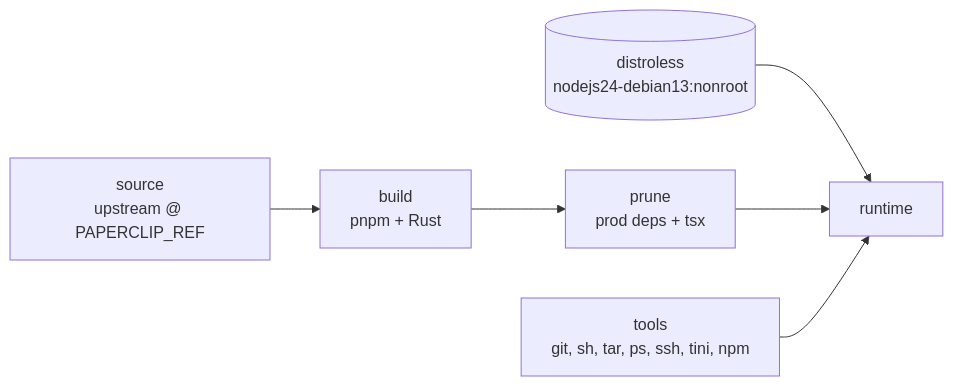
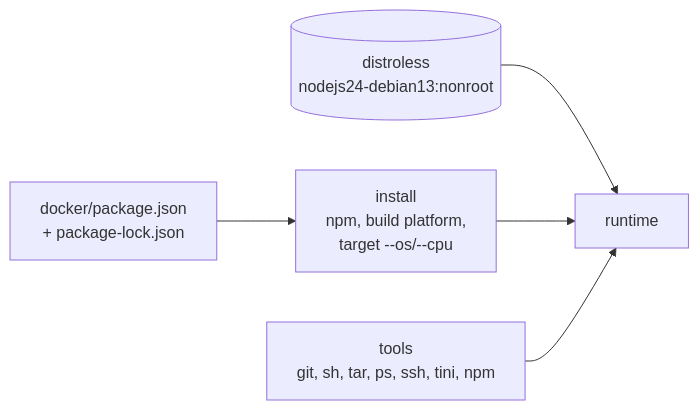
The third of 3 diagrams in README.md (zozo6015/paperclipai), drawn with Mermaid before and after one commit. The commit also changed other lines of this file and 9 other files, not shown here.

First line of the commit message:
Install Paperclip from its npm release instead of building from source

````diff
--- a/README.md
+++ b/README.md
@@ -88,9 +90,8 @@
 ```mermaid
 flowchart LR
-    src["source<br/>upstream @ PAPERCLIP_REF"] --> build["build<br/>pnpm + Rust"]
-    build --> prune["prune<br/>prod deps + tsx"]
+    lock["docker/package.json<br/>+ package-lock.json"] --> install["install<br/>npm, build platform,<br/>target --os/--cpu"]
     tools["tools<br/>git, sh, tar, ps, ssh, tini, npm"]
     base[("distroless<br/>nodejs24-debian13:nonroot")] --> runtime
-    prune --> runtime["runtime"]
+    install --> runtime["runtime"]
     tools --> runtime
 ```
````
